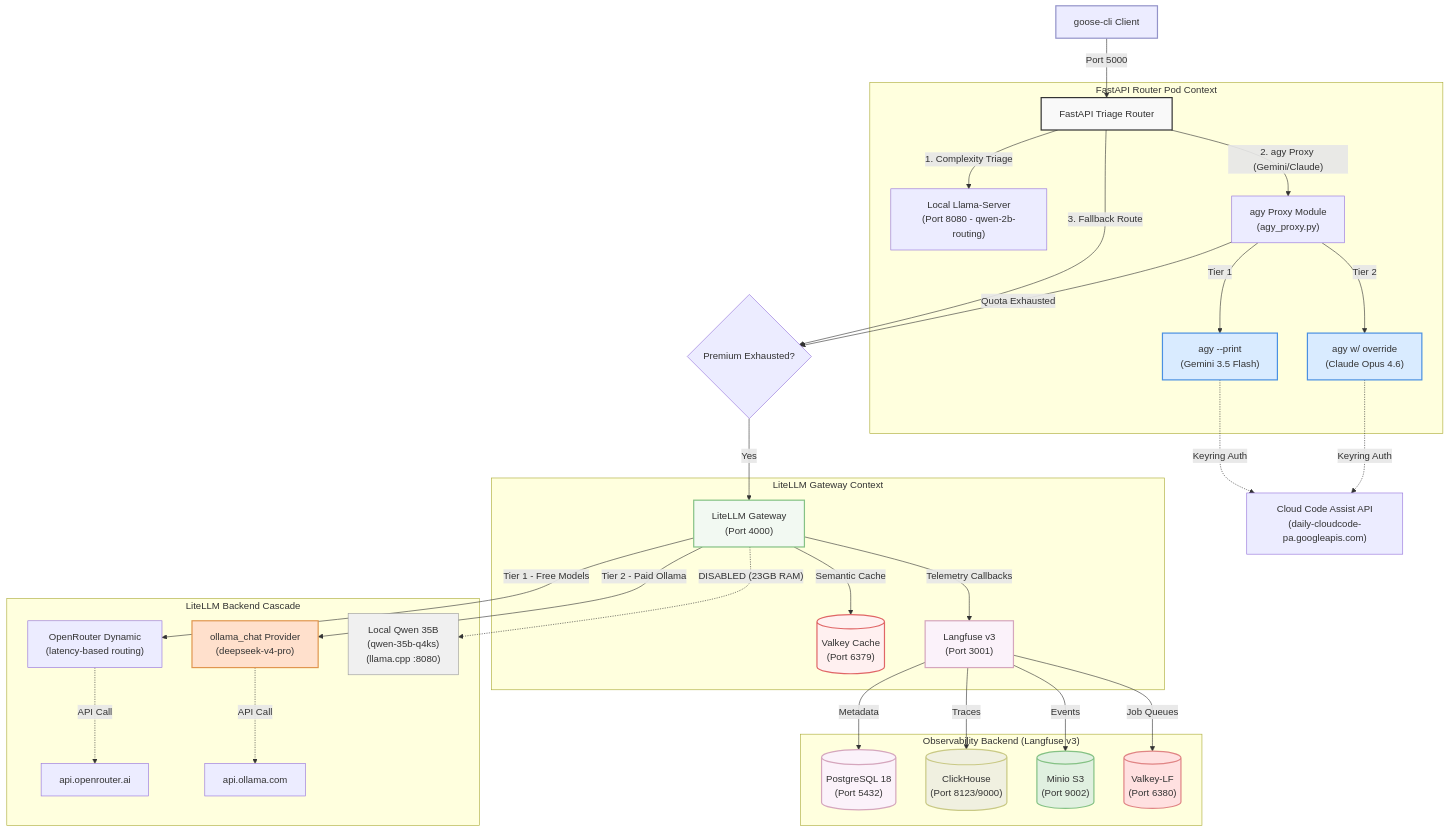
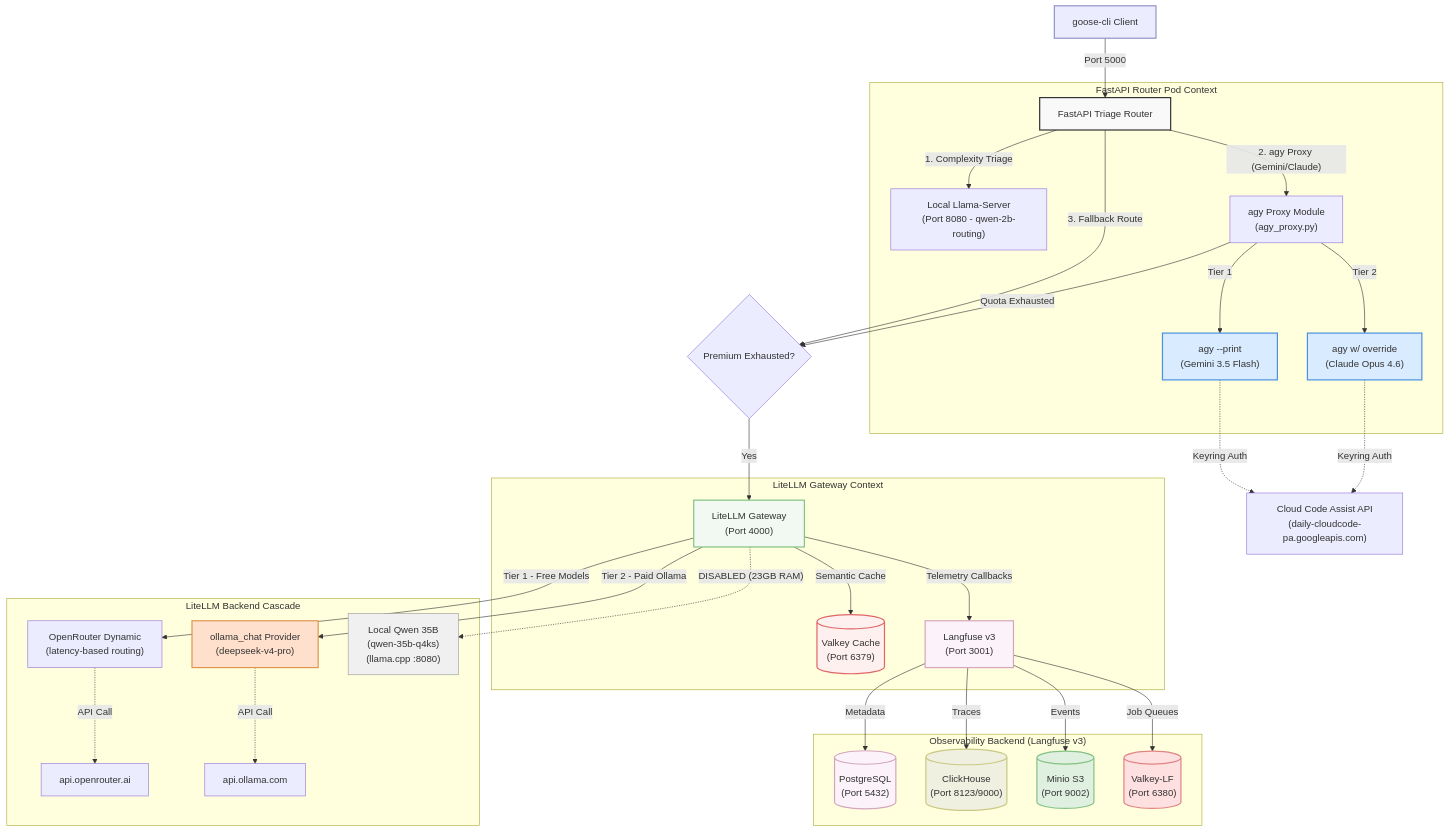
One commit to sheepdestroyer/LLM-Routing changed the first of 3 diagrams in README.md. Above: the diagram before and after it, drawn with Mermaid. The commit also changed other lines of this file, not shown here.

````diff
--- a/README.md
+++ b/README.md
@@ -15,53 +15,53 @@
 ```mermaid
 graph TD
     Client["goose-cli Client"] -->|Port 5000| Router["FastAPI Triage Router"]
 
     subgraph FastAPIRouter ["FastAPI Router Pod Context"]
         Router -->|1. Complexity Triage| LlamaServer["Local Llama-Server\n(Port 8080 - qwen-2b-routing)"]
         Router -->|"2. agy Proxy (Gemini/Claude)"| AgyProxy["agy Proxy Module\n(agy_proxy.py)"]
 
         AgyProxy -->|Tier 1| AgyGemini["agy --print\n(Gemini 3.5 Flash)"]
         AgyProxy -->|Tier 2| AgyOpus["agy w/ override\n(Claude Opus 4.6)"]
     end
 
     AgyGemini -.->|Keyring Auth| Google["Cloud Code Assist API\n(daily-cloudcode-pa.googleapis.com)"]
     AgyOpus -.->|Keyring Auth| Google
 
     Router -->|3. Fallback Route| RouteSelector{"Premium Exhausted?"}
     RouteSelector -->|Yes| LiteLLM["LiteLLM Gateway\n(Port 4000)"]
     AgyProxy -->|Quota Exhausted| RouteSelector
 
     subgraph LiteLLMGateway ["LiteLLM Gateway Context"]
         LiteLLM -->|Semantic Cache| Valkey[("Valkey Cache\n(Port 6379)")]
         LiteLLM -->|Telemetry Callbacks| Langfuse["Langfuse v3\n(Port 3001)"]
     end
 
     subgraph BackendRoutingCascade ["LiteLLM Backend Cascade"]
         LiteLLM -->|Tier 1 - Free Models| OpenRouter["OpenRouter Dynamic\n(latency-based routing)"]
         LiteLLM -->|Tier 2 - Paid Ollama| OllamaTier["ollama_chat Provider\n(deepseek-v4-pro)"]
         OpenRouter -.->|API Call| OpenRouterAPI["api.openrouter.ai"]
         OllamaTier -.->|API Call| OllamaAPI["api.ollama.com"]
         LiteLLM -.->|"DISABLED (23GB RAM)"| QwenLocal["Local Qwen 35B\n(qwen-35b-q4ks)\n(llama.cpp :8080)"]
     end
 
     subgraph Observability ["Observability Backend (Langfuse v3)"]
-        Langfuse -->|Metadata| Postgres[("PostgreSQL 18\n(Port 5432)")]
+        Langfuse -->|Metadata| Postgres[("PostgreSQL\n(Port 5432)")]
         Langfuse -->|Traces| ClickHouse[("ClickHouse\n(Port 8123/9000)")]
         Langfuse -->|Events| Minio[("Minio S3\n(Port 9002)")]
         Langfuse -->|Job Queues| ValkeyLF[("Valkey-LF\n(Port 6380)")]
     end
 
     style Client fill:#ececff,stroke:#9393c9,stroke-width:2px;
     style Router fill:#f9f9f9,stroke:#333,stroke-width:2px;
     style AgyGemini fill:#d9ebff,stroke:#4a90e2,stroke-width:2px;
     style AgyOpus fill:#d9ebff,stroke:#4a90e2,stroke-width:2px;
     style LiteLLM fill:#f2f9f2,stroke:#85c285,stroke-width:2px;
     style OllamaTier fill:#ffe0cc,stroke:#e09650,stroke-width:2px;
     style Valkey fill:#fff0f0,stroke:#e06666,stroke-width:2px;
     style Langfuse fill:#fbf2fa,stroke:#d5a6bd,stroke-width:2px;
     style Postgres fill:#fbf2fa,stroke:#d5a6bd,stroke-width:2px;
     style ClickHouse fill:#f0f0e0,stroke:#c9c985,stroke-width:2px;
     style Minio fill:#e0f0e0,stroke:#85c285,stroke-width:2px;
     style ValkeyLF fill:#ffe0e0,stroke:#e08585,stroke-width:2px;
     style QwenLocal fill:#f0f0f0,stroke:#999,stroke-width:1px;
 ```
````
